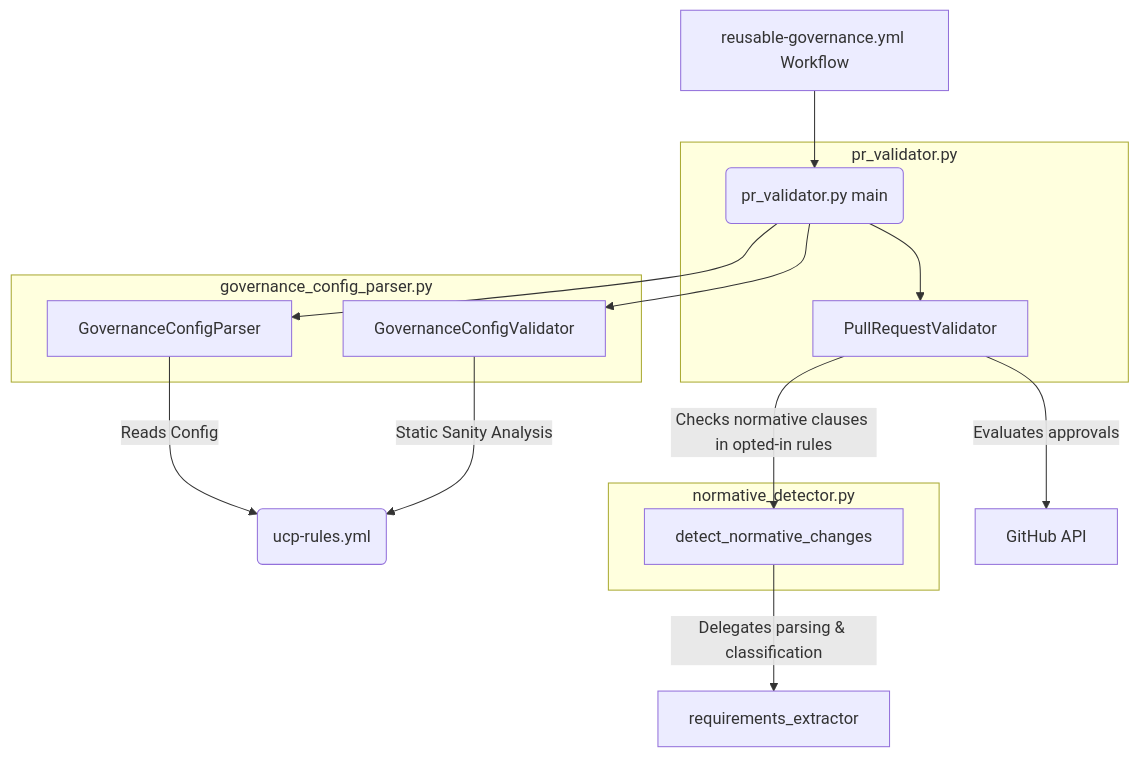
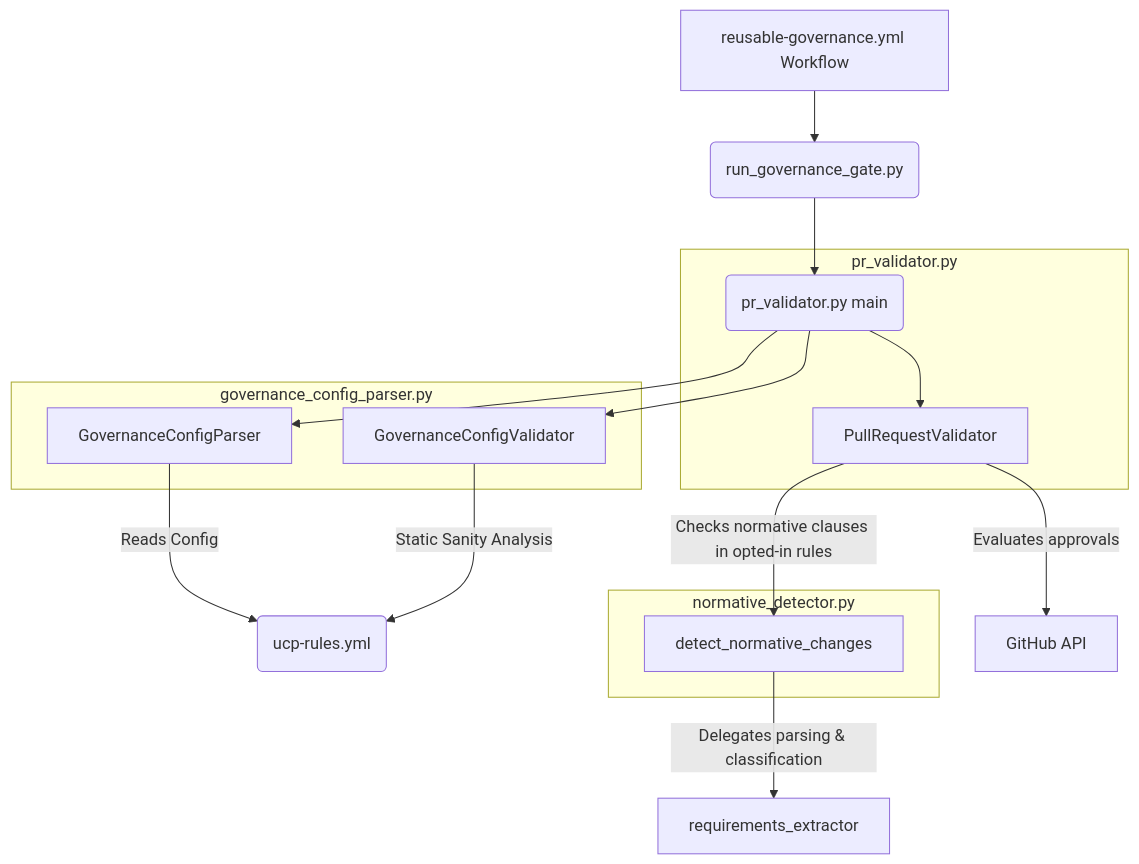
The diagram in org-tools/governance/README.md (Universal-Commerce-Protocol/.github), drawn with Mermaid before and after one commit. The commit also changed other lines of this file and 6 other files, not shown here.

````diff
--- a/org-tools/governance/README.md
+++ b/org-tools/governance/README.md
@@ -11,24 +11,25 @@
 ```mermaid
 graph TD
-    A[reusable-governance.yml Workflow] --> B(pr_validator.py main)
+    A[reusable-governance.yml Workflow] --> G0(run_governance_gate.py)
+    G0 --> B(pr_validator.py main)
     subgraph pr_validator.py
         B
         E[PullRequestValidator]
     end
     subgraph governance_config_parser.py
         C[GovernanceConfigParser]
         D[GovernanceConfigValidator]
     end
     subgraph normative_detector.py
         H[detect_normative_changes]
     end
     I[requirements_extractor]
     B --> C
     B --> D
     B --> E
     C -->|Reads Config| F(ucp-rules.yml)
     D -->|Static Sanity Analysis| F
     E -->|Checks normative clauses in opted-in rules| H
     H -->|Delegates parsing & classification| I
     E -->|Evaluates approvals| G[GitHub API]
 ```
````
